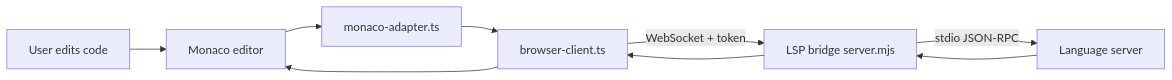
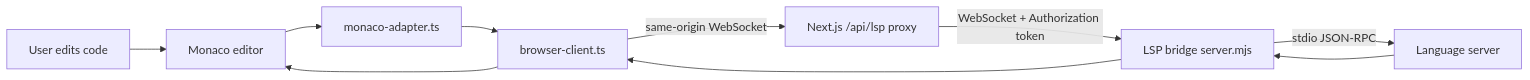
The first of 2 diagrams in README.md (OnlineJudgeBo/patito-ide-lsp-server), drawn with Mermaid before and after one commit. The commit also changed other lines of this file and 5 other files, not shown here.

````diff
--- a/README.md
+++ b/README.md
@@ -25,11 +25,12 @@
 ```mermaid
 flowchart LR
   User[User edits code] --> Monaco[Monaco editor]
   Monaco --> Adapter[monaco-adapter.ts]
   Adapter --> Client[browser-client.ts]
-  Client -->|WebSocket + token| Bridge[LSP bridge server.mjs]
+  Client -->|same-origin WebSocket| Proxy[Next.js /api/lsp proxy]
+  Proxy -->|WebSocket + Authorization token| Bridge[LSP bridge server.mjs]
   Bridge -->|stdio JSON-RPC| Server[Language server]
   Server --> Bridge
   Bridge --> Client
   Client --> Monaco
 ```
````
